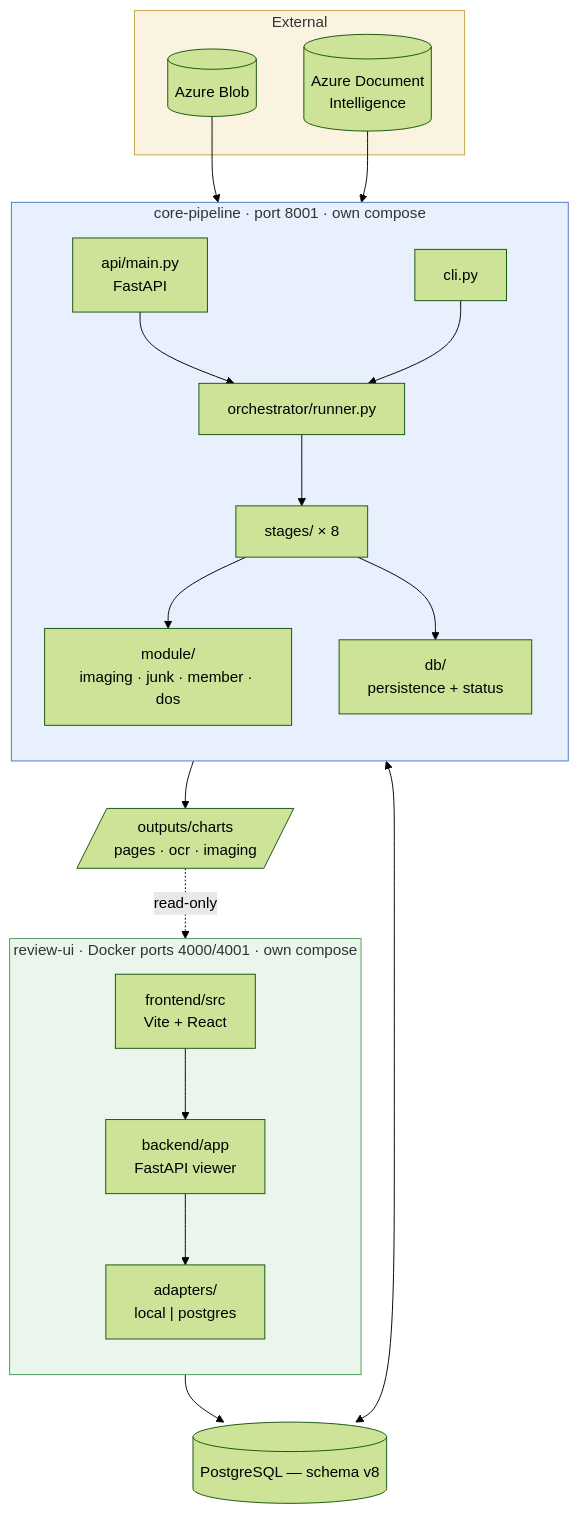
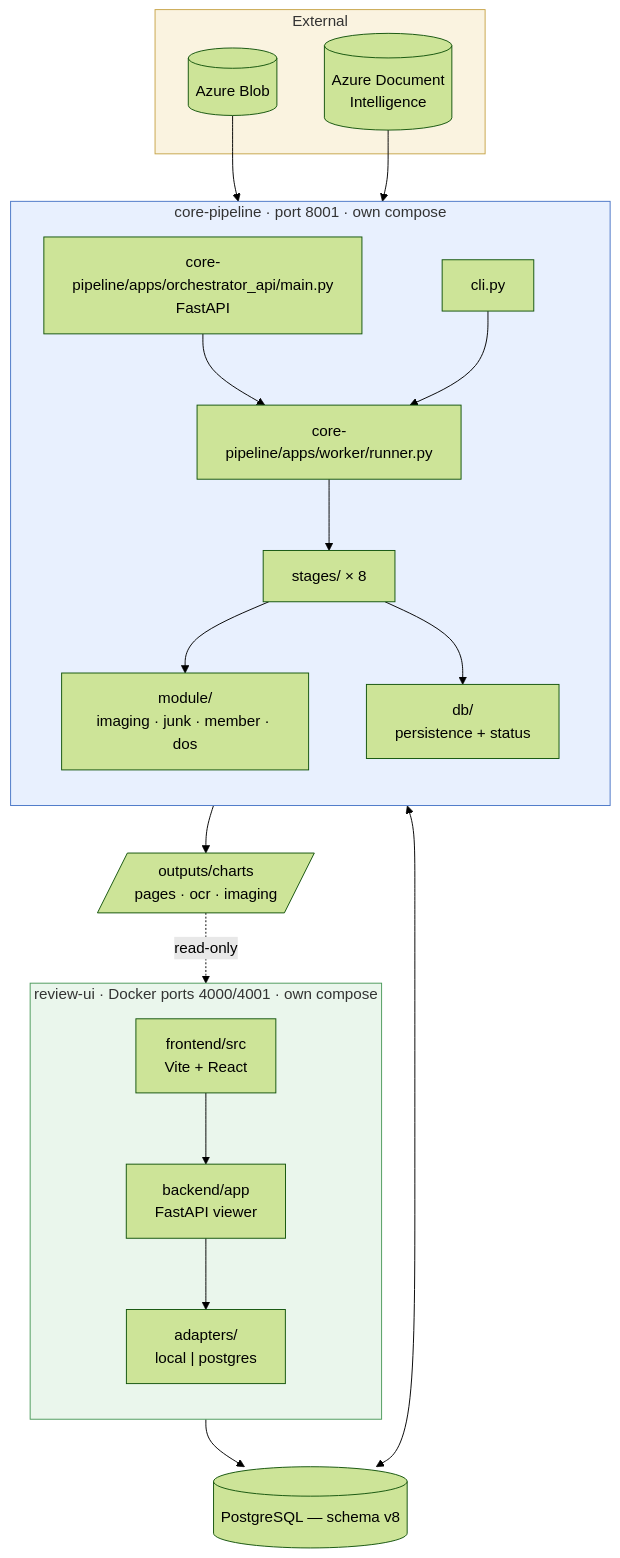
One commit to abhinavdg-ever/model-repo changed the first of 2 diagrams in docs/ARCHITECTURE.md. Above: the diagram before and after it, drawn with Mermaid (forest theme). The commit also changed other lines of this file and 109 other files, not shown here.

First line of the commit message:
Refactor step 2: core-pipeline/apps (orchestrator_api, worker) and common/ (no logic change)

````diff
--- a/docs/ARCHITECTURE.md
+++ b/docs/ARCHITECTURE.md
@@ -27,43 +27,43 @@
 ```mermaid
 flowchart TB
   subgraph EXT["External"]
     BLOB[("Azure Blob")]
     ADI[("Azure Document<br/>Intelligence")]
   end
 
   subgraph CP["core-pipeline · port 8001 · own compose"]
     direction TB
-    API["api/main.py<br/>FastAPI"]
+    API["core-pipeline/apps/orchestrator_api/main.py<br/>FastAPI"]
     CLI["cli.py"]
-    ORCH["orchestrator/runner.py"]
+    ORCH["core-pipeline/apps/worker/runner.py"]
     ST["stages/ × 8"]
     LIB["module/<br/>imaging · junk · member · dos"]
     DB["db/<br/>persistence + status"]
     API --> ORCH
     CLI --> ORCH
     ORCH --> ST --> LIB
     ST --> DB
   end
 
   subgraph RU["review-ui · Docker ports 4000/4001 · own compose"]
     direction TB
     RAPI["backend/app<br/>FastAPI viewer"]
     ADPT["adapters/<br/>local | postgres"]
     FE["frontend/src<br/>Vite + React"]
     FE --> RAPI --> ADPT
   end
 
   PG[("PostgreSQL — schema v8")]
   VOL[/"outputs/charts<br/>pages · ocr · imaging"/]
 
   BLOB --> ST
   ADI --> ST
   DB <--> PG
   ST --> VOL
   ADPT --> PG
   VOL -. "read-only" .-> ADPT
 
   style CP fill:#e8f0fe,stroke:#4a76c7
   style RU fill:#eaf6ec,stroke:#4c9a5b
   style EXT fill:#faf3e0,stroke:#c7a54a
 ```
````
